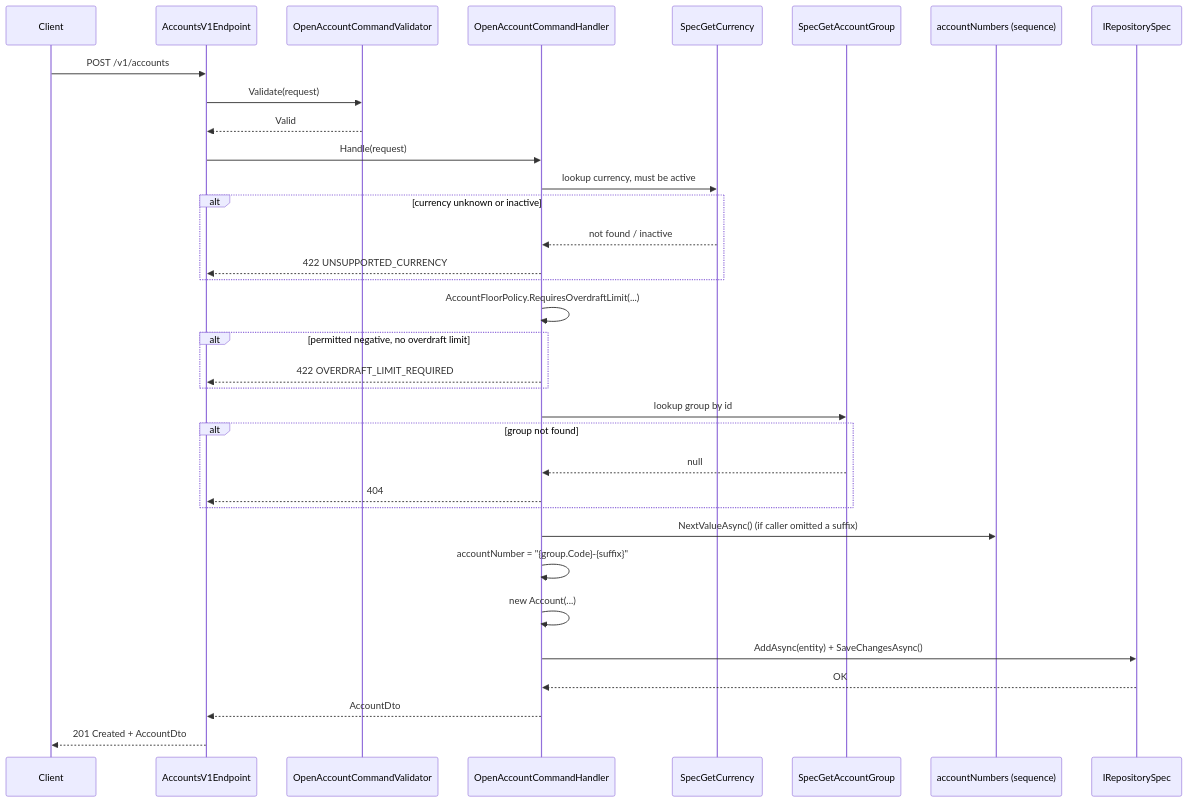
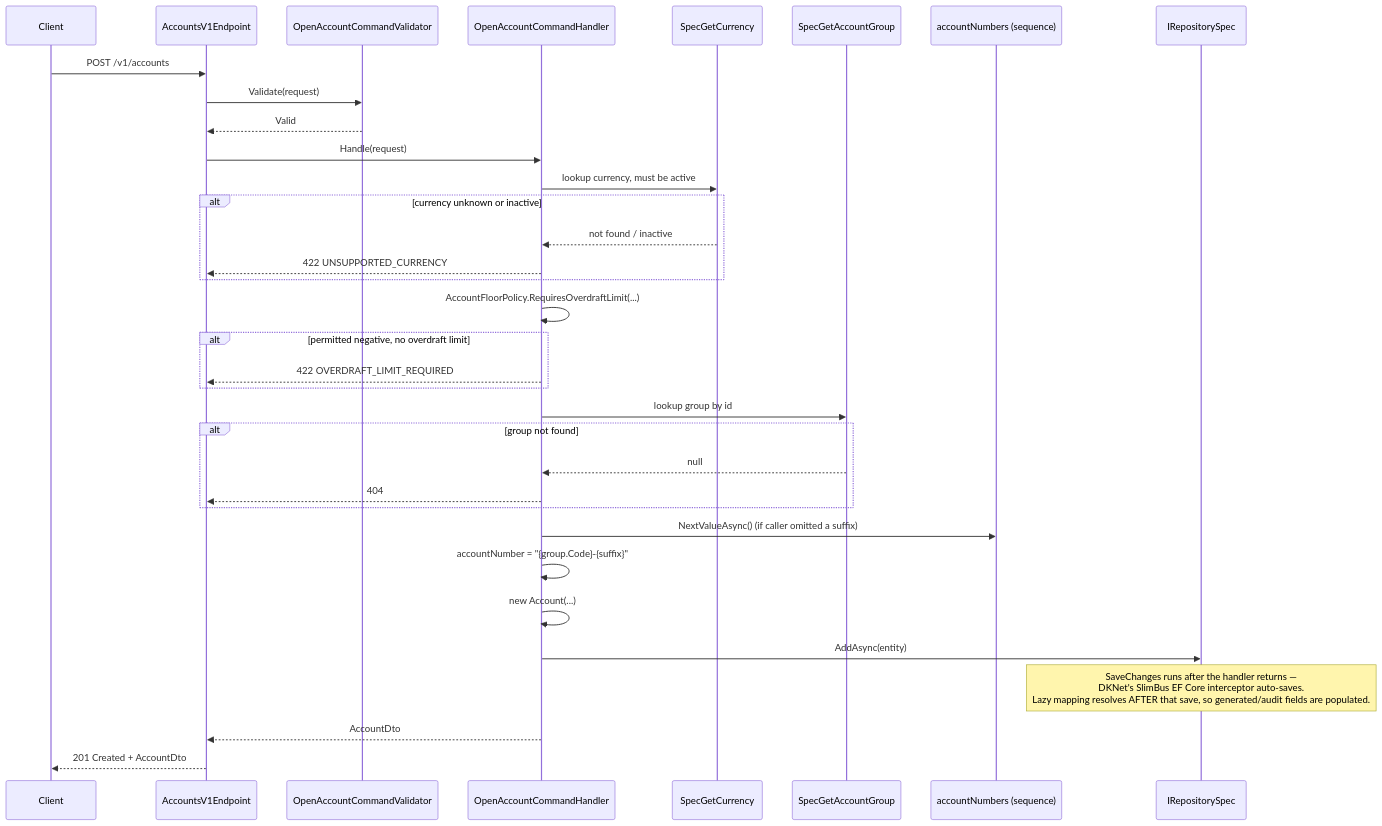
One commit to baoduy/DKNet.Accounts.Api changed the second of 4 diagrams in docs/features/accounts/architecture.md. Above: the diagram before and after it, drawn with Mermaid. The commit also changed other lines of this file and 13 other files, not shown here.

````diff
--- a/docs/features/accounts/architecture.md
+++ b/docs/features/accounts/architecture.md
@@ -62,37 +62,37 @@
 ```mermaid
 sequenceDiagram
     participant C as Client
     participant EP as AccountsV1Endpoint
     participant VAL as OpenAccountCommandValidator
     participant HDL as OpenAccountCommandHandler
     participant CUR as SpecGetCurrency
     participant GRP as SpecGetAccountGroup
     participant NUM as accountNumbers (sequence)
     participant REPO as IRepositorySpec
 
     C->>EP: POST /v1/accounts
     EP->>VAL: Validate(request)
     VAL-->>EP: Valid
     EP->>HDL: Handle(request)
     HDL->>CUR: lookup currency, must be active
     alt currency unknown or inactive
         CUR-->>HDL: not found / inactive
         HDL-->>EP: 422 UNSUPPORTED_CURRENCY
     end
     HDL->>HDL: AccountFloorPolicy.RequiresOverdraftLimit(...)
     alt permitted negative, no overdraft limit
         HDL-->>EP: 422 OVERDRAFT_LIMIT_REQUIRED
     end
     HDL->>GRP: lookup group by id
     alt group not found
         GRP-->>HDL: null
         HDL-->>EP: 404
     end
     HDL->>NUM: NextValueAsync() (if caller omitted a suffix)
     HDL->>HDL: accountNumber = "{group.Code}-{suffix}"
     HDL->>HDL: new Account(...)
-    HDL->>REPO: AddAsync(entity) + SaveChangesAsync()
-    REPO-->>HDL: OK
+    HDL->>REPO: AddAsync(entity)
+    Note over REPO: SaveChanges runs after the handler returns —<br/>DKNet's SlimBus EF Core interceptor auto-saves.<br/>Lazy mapping resolves AFTER that save, so generated/audit fields are populated.
     HDL-->>EP: AccountDto
     EP-->>C: 201 Created + AccountDto
 ```
````
